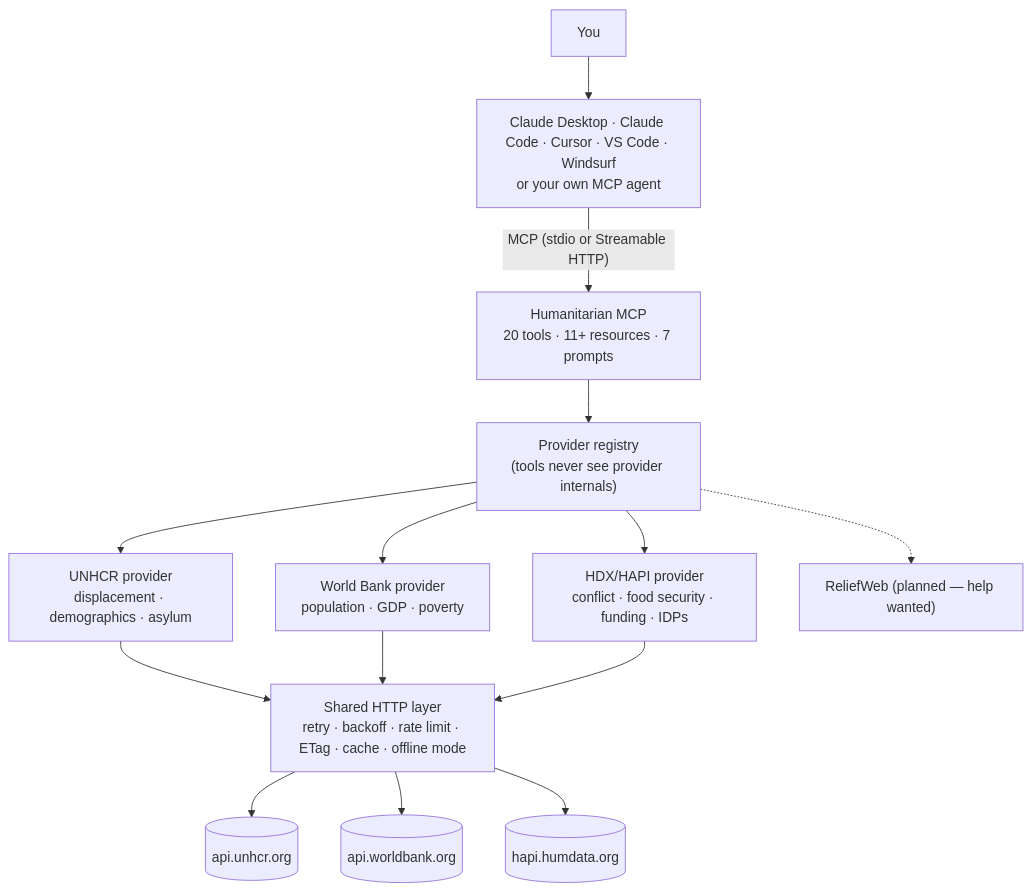
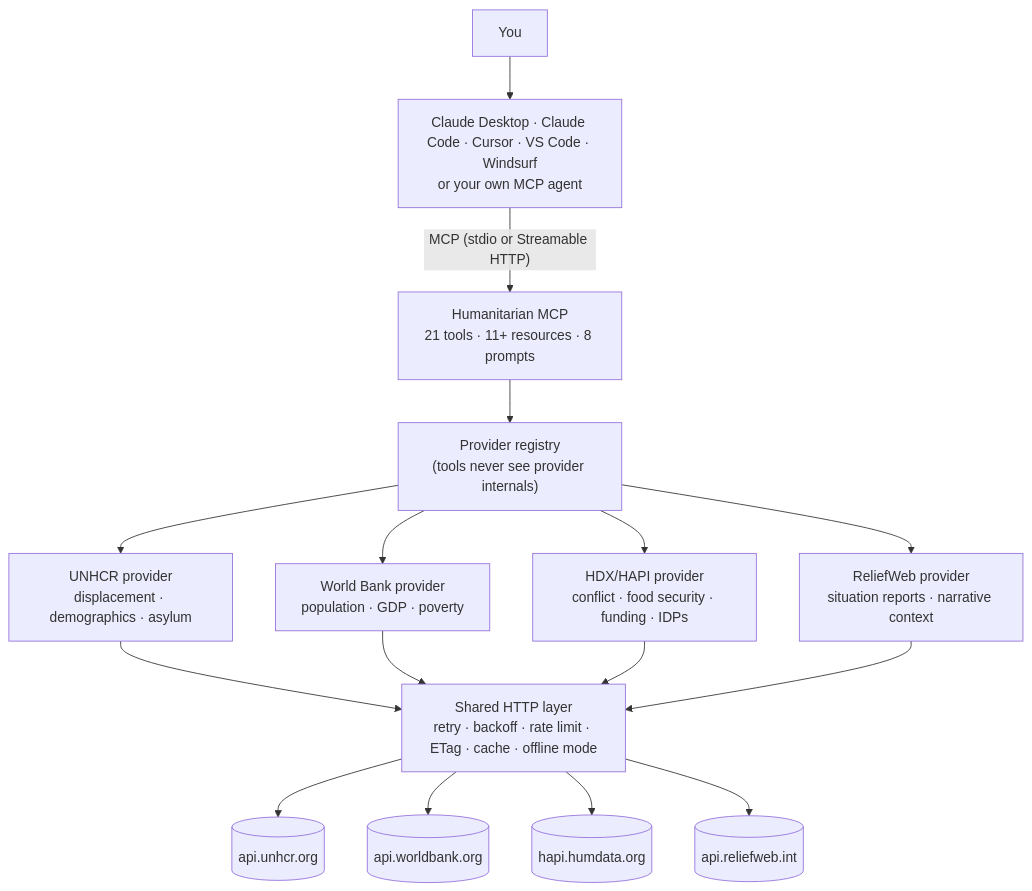
Before and after one commit to ahmedvnabil/humanitarian-mcp: the diagram in README.md, drawn with Mermaid. The commit also changed other lines of this file and 24 other files, not shown here.

First line of the commit message:
feat: ReliefWeb provider, situation_reports tool, multi-source guidance

````diff
--- a/README.md
+++ b/README.md
@@ -50,14 +50,15 @@
 ```mermaid
 flowchart TD
     U["You"] --> C["Claude Desktop · Claude Code · Cursor · VS Code · Windsurf<br/>or your own MCP agent"]
-    C -->|"MCP (stdio or Streamable HTTP)"| S["Humanitarian MCP<br/>20 tools · 11+ resources · 7 prompts"]
+    C -->|"MCP (stdio or Streamable HTTP)"| S["Humanitarian MCP<br/>21 tools · 11+ resources · 8 prompts"]
     S --> R["Provider registry<br/>(tools never see provider internals)"]
     R --> P1["UNHCR provider<br/>displacement · demographics · asylum"]
     R --> P2["World Bank provider<br/>population · GDP · poverty"]
     R --> P3["HDX/HAPI provider<br/>conflict · food security · funding · IDPs"]
-    R -.-> P4["ReliefWeb (planned — help wanted)"]
-    P1 & P2 & P3 --> H["Shared HTTP layer<br/>retry · backoff · rate limit · ETag · cache · offline mode"]
+    R --> P4["ReliefWeb provider<br/>situation reports · narrative context"]
+    P1 & P2 & P3 & P4 --> H["Shared HTTP layer<br/>retry · backoff · rate limit · ETag · cache · offline mode"]
     H --> A1[("api.unhcr.org")]
     H --> A2[("api.worldbank.org")]
     H --> A3[("hapi.humdata.org")]
+    H --> A4[("api.reliefweb.int")]
 ```
````
